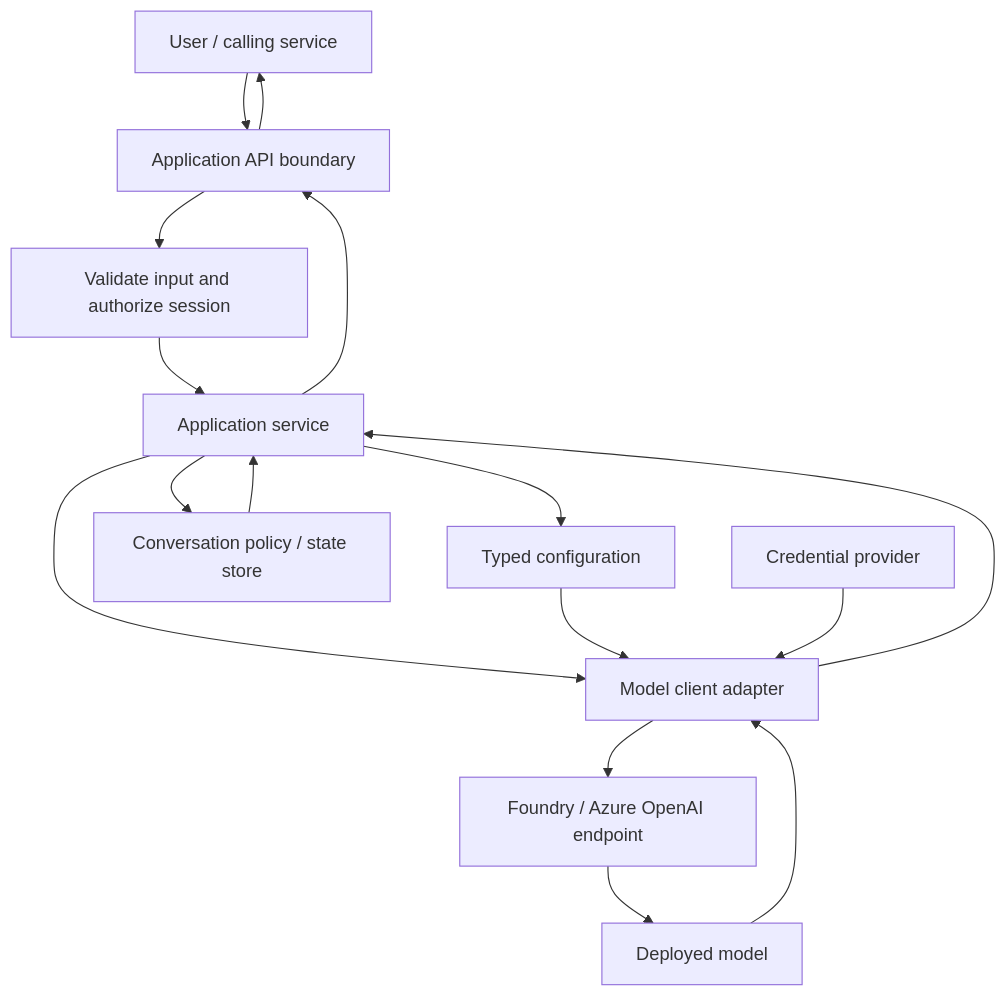
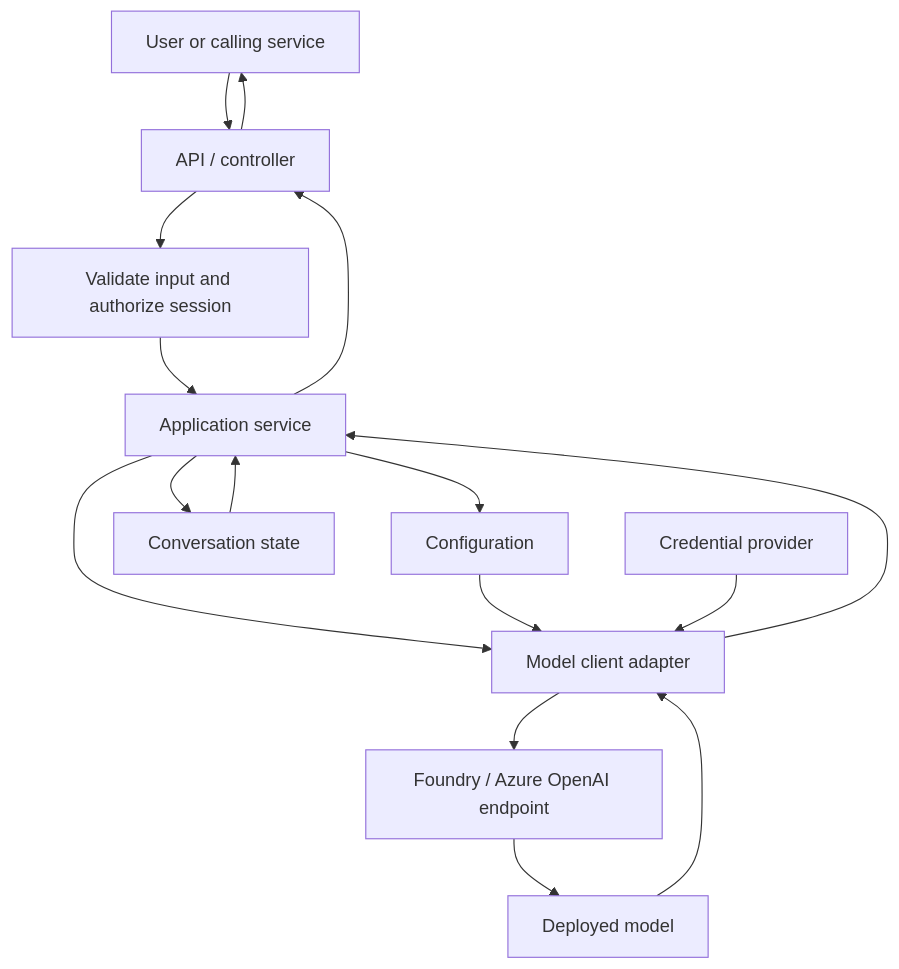
Before and after one commit to MihirKJha/enterprise-ai-engineering-handbook: the diagram in docs/10-cloud-ai-engineering/01-azure-ai/generative-ai/02-building-generative-ai-applications-with-python.md, drawn with Mermaid. The commit also changed other lines of this file and 3 other files, not shown here.

````diff
--- a/docs/10-cloud-ai-engineering/01-azure-ai/generative-ai/02-building-generative-ai-applications-with-python.md
+++ b/docs/10-cloud-ai-engineering/01-azure-ai/generative-ai/02-building-generative-ai-applications-with-python.md
@@ -51,18 +72,18 @@
 ```mermaid
 flowchart TD
-    U[User / calling service] --> API[Application API boundary]
+    U[User or calling service] --> API[API / controller]
     API --> V[Validate input and authorize session]
     V --> S[Application service]
-    S --> CFG[Typed configuration]
-    S --> HIST[Conversation policy / state store]
-    S --> CLIENT[Model client adapter]
-    CFG --> CLIENT
-    AUTH[Credential provider] --> CLIENT
-    CLIENT --> ENDPOINT[Foundry / Azure OpenAI endpoint]
-    ENDPOINT --> MODEL[Deployed model]
-    MODEL --> CLIENT
-    CLIENT --> S
+    S --> CFG[Configuration]
+    S --> HIST[Conversation state]
+    S --> C[Model client adapter]
+    CFG --> C
+    AUTH[Credential provider] --> C
+    C --> EP[Foundry / Azure OpenAI endpoint]
+    EP --> M[Deployed model]
+    M --> C
+    C --> S
     HIST --> S
     S --> API
     API --> U
 ```
````
